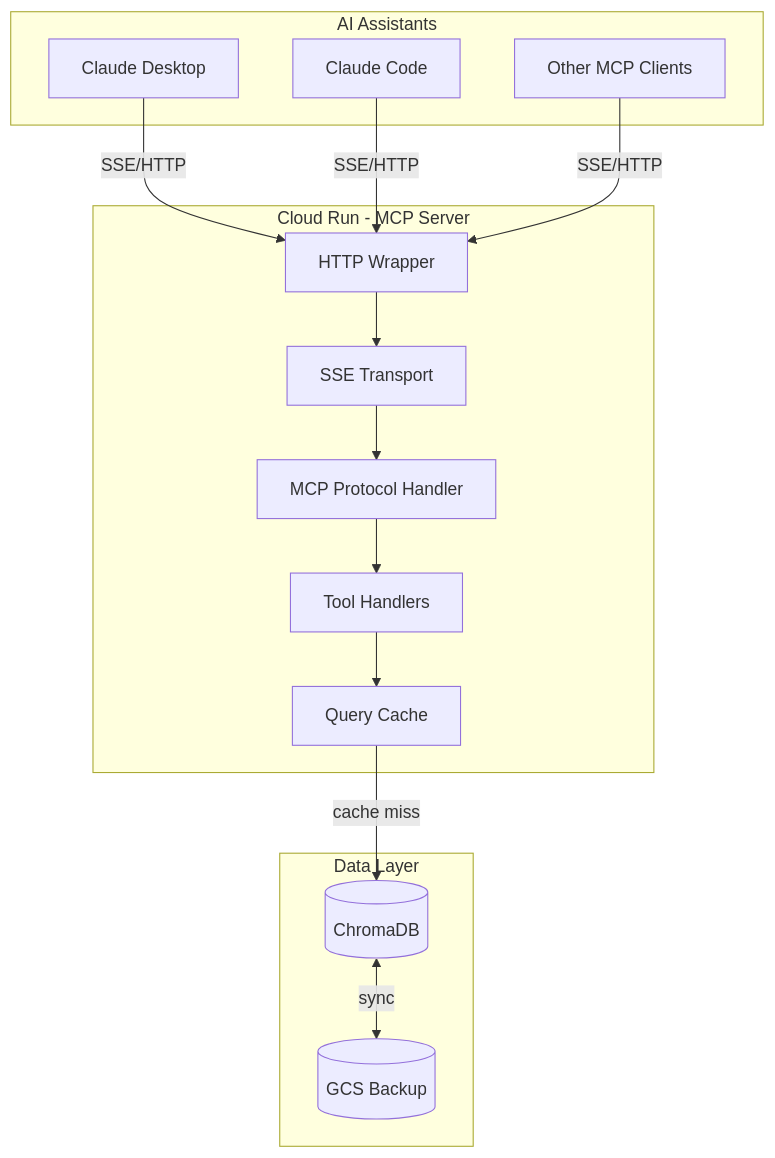
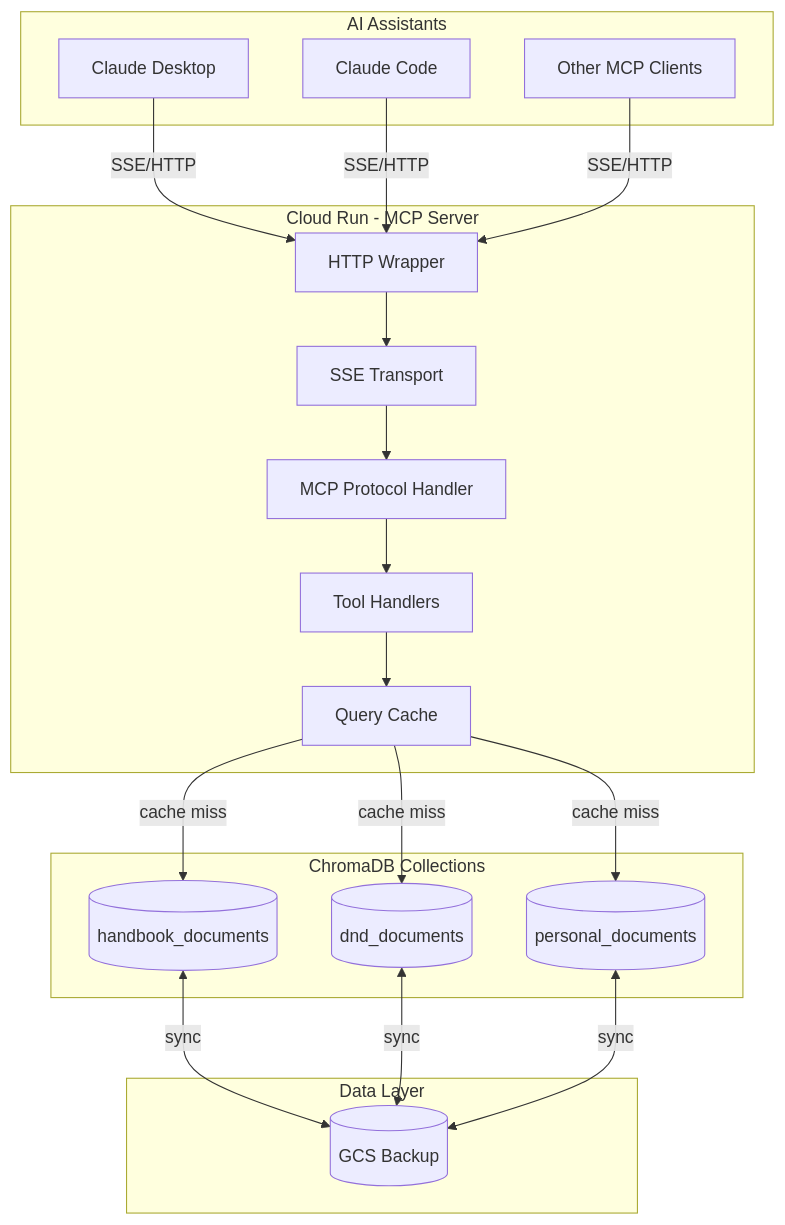
Before and after one commit to TheWinterShadow/Thoth: the first of 7 diagrams in docs/source/architecture/mcp-server.md, drawn with Mermaid. The commit also changed other lines of this file and 27 other files, not shown here.

````diff
--- a/docs/source/architecture/mcp-server.md
+++ b/docs/source/architecture/mcp-server.md
@@ -15,29 +15,34 @@
 ```mermaid
 flowchart TB
     subgraph Clients["AI Assistants"]
         C1[Claude Desktop]
         C2[Claude Code]
         C3[Other MCP Clients]
     end
 
     subgraph CloudRun["Cloud Run - MCP Server"]
         HW[HTTP Wrapper]
         SSE[SSE Transport]
         MCP[MCP Protocol Handler]
         TH[Tool Handlers]
         CA[Query Cache]
     end
 
+    subgraph Collections["ChromaDB Collections"]
+        HB[(handbook_documents)]
+        DND[(dnd_documents)]
+        PER[(personal_documents)]
+    end
+
     subgraph Storage["Data Layer"]
-        VS[(ChromaDB)]
         GCS[(GCS Backup)]
     end
 
     C1 & C2 & C3 -->|SSE/HTTP| HW
     HW --> SSE
     SSE --> MCP
     MCP --> TH
     TH --> CA
-    CA -->|cache miss| VS
-    VS <-->|sync| GCS
+    CA -->|cache miss| HB & DND & PER
+    HB & DND & PER <-->|sync| GCS
 ```
````
